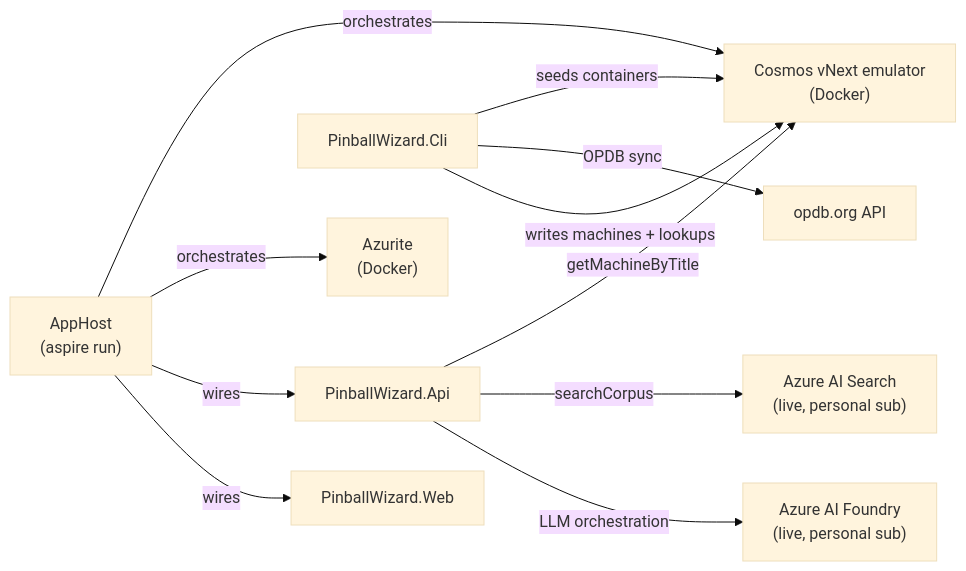
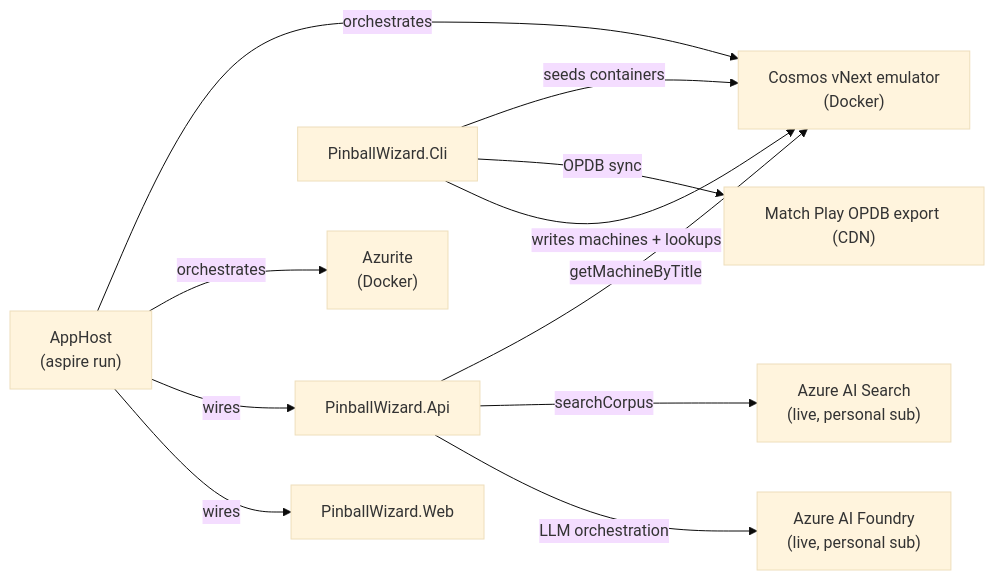
Before and after one commit to Early-Bird-Solutions-LLC/PinballWizard: the diagram in docs/local-development.md, drawn with Mermaid (base theme). The commit also changed other lines of this file and 3 other files, not shown here.

First line of the commit message:
docs: point OPDB references at Match Play CDN export (#1009) (#1012)

````diff
--- a/docs/local-development.md
+++ b/docs/local-development.md
@@ -16,23 +16,23 @@
 ```mermaid
 graph LR
     AppHost["AppHost\n(aspire run)"]
     Emulator["Cosmos vNext emulator\n(Docker)"]
     Azurite["Azurite\n(Docker)"]
     CLI["PinballWizard.Cli"]
-    OPDB["opdb.org API"]
+    OPDB["Match Play OPDB export (CDN)"]
     Foundry["Azure AI Foundry\n(live, personal sub)"]
     Search["Azure AI Search\n(live, personal sub)"]
     Api["PinballWizard.Api"]
     Web["PinballWizard.Web"]
 
     AppHost -->|orchestrates| Emulator
     AppHost -->|orchestrates| Azurite
     AppHost -->|wires| Api
     AppHost -->|wires| Web
     CLI -->|seeds containers| Emulator
     CLI -->|OPDB sync| OPDB
     CLI -->|writes machines + lookups| Emulator
     Api -->|getMachineByTitle| Emulator
     Api -->|searchCorpus| Search
     Api -->|LLM orchestration| Foundry
 ```
````
